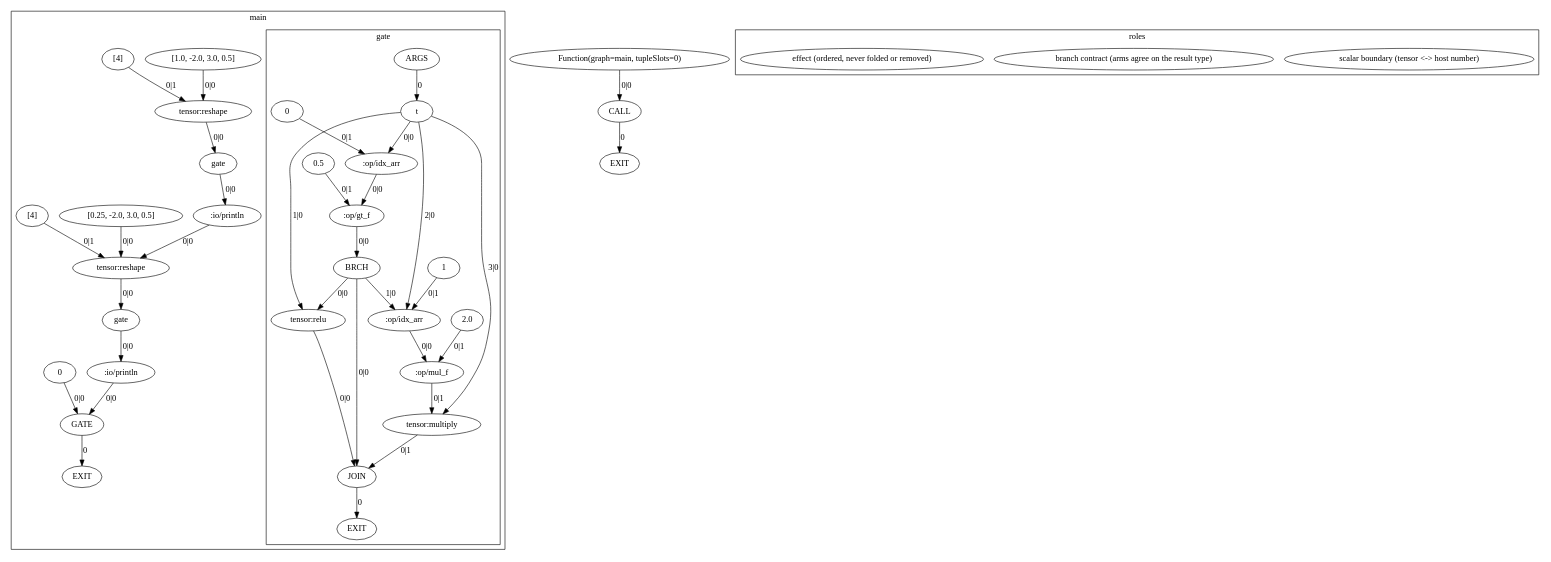
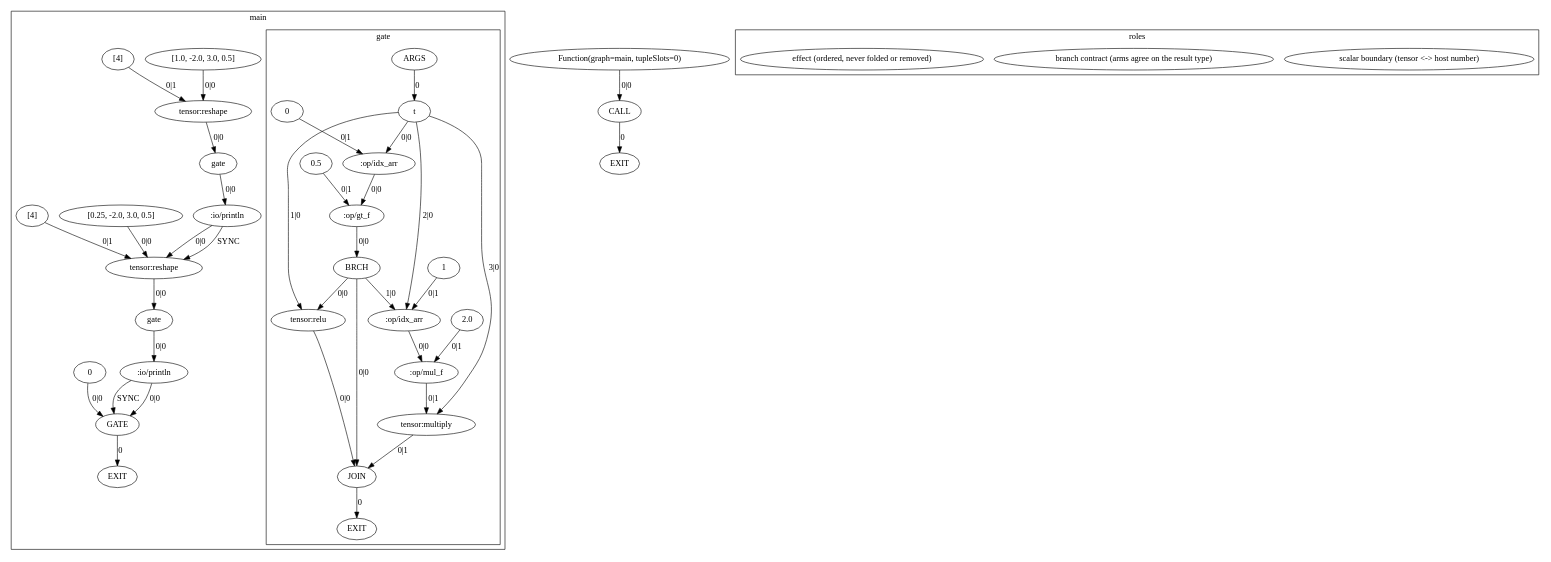
Before and after one commit to OpenCML/Camel: the diagram in exemplars/01_scalar_boundary/expected/dump.agir.dot, drawn with Graphviz. The commit also changed 47 other files, not shown here.

```diff
--- a/exemplars/01_scalar_boundary/expected/dump.agir.dot
+++ b/exemplars/01_scalar_boundary/expected/dump.agir.dot
@@ -1,78 +1,80 @@
 digraph GraphIR {
     subgraph cluster_F01 {
         label="main";
         subgraph cluster_F02 {
             label="gate";
             F02 [label="ARGS", type="ARGS"];
             O02 [label="EXIT", type="EXIT"];
             N00 [label="t", type="PORT", param_name="t", param_kind="normal", param_index="0", value_type="f32[4]", origin=<ORIGIN>, span="12:10-12:19", srcfile="exemplars/01_scalar_boundary/program.cml"];
             N01 [label="0", type="DATA", origin=<ORIGIN>, span="13:16-13:17", srcfile="exemplars/01_scalar_boundary/program.cml", value_type="int"];
             N02 [label=":op/idx_arr", type="OPER", role="scalar-boundary", origin=<ORIGIN>, span="13:15-13:16", srcfile="exemplars/01_scalar_boundary/program.cml", value_type="f32"];
             N03 [label="0.5", type="DATA", origin=<ORIGIN>, span="13:21-13:24", srcfile="exemplars/01_scalar_boundary/program.cml", value_type="f32"];
             N04 [label=":op/gt_f", type="OPER", origin=<ORIGIN>, span="13:19-13:20", srcfile="exemplars/01_scalar_boundary/program.cml", value_type="bool"];
             N05 [label="JOIN", type="JOIN", role="branch-contract", origin=<ORIGIN>, span="13:11-13:59", srcfile="exemplars/01_scalar_boundary/program.cml", value_type="f32[4]"];
             N06 [label="BRCH", type="BRCH", origin=<ORIGIN>, span="13:11-13:59", srcfile="exemplars/01_scalar_boundary/program.cml", value_type="int"];
             N07 [label="tensor:relu", type="OPER", origin=<ORIGIN>, span="13:30-13:34", srcfile="exemplars/01_scalar_boundary/program.cml", value_type="f32[4]"];
             N08 [label="1", type="DATA", origin=<ORIGIN>, span="13:50-13:51", srcfile="exemplars/01_scalar_boundary/program.cml", value_type="int"];
             N09 [label=":op/idx_arr", type="OPER", role="scalar-boundary", origin=<ORIGIN>, span="13:49-13:50", srcfile="exemplars/01_scalar_boundary/program.cml", value_type="f32"];
             N0A [label="2.0", type="DATA", origin=<ORIGIN>, span="13:55-13:58", srcfile="exemplars/01_scalar_boundary/program.cml", value_type="f32"];
             N0B [label=":op/mul_f", type="OPER", origin=<ORIGIN>, span="13:53-13:54", srcfile="exemplars/01_scalar_boundary/program.cml", value_type="f32"];
             N0C [label="tensor:multiply", type="OPER", role="scalar-boundary", origin=<ORIGIN>, span="13:45-13:46", srcfile="exemplars/01_scalar_boundary/program.cml", value_type="f32[4]"];
             F02 -> N00 [label="0", type="NORM_PORT"];
             N05 -> O02 [label="0", type="EXIT"];
             N00 -> N02 [label="0|0", type="NORM"];
             N01 -> N02 [label="0|1", type="NORM"];
             N02 -> N04 [label="0|0", type="NORM"];
             N03 -> N04 [label="0|1", type="NORM"];
             N07 -> N05 [label="0|0", type="WITH"];
             N0C -> N05 [label="0|1", type="WITH"];
             N06 -> N05 [label="0|0", type="NORM"];
             N04 -> N06 [label="0|0", type="NORM"];
             N00 -> N07 [label="1|0", type="NORM"];
             N06 -> N07 [label="0|0", type="CTRL"];
             N00 -> N09 [label="2|0", type="NORM"];
             N08 -> N09 [label="0|1", type="NORM"];
             N06 -> N09 [label="1|0", type="CTRL"];
             N09 -> N0B [label="0|0", type="NORM"];
             N0A -> N0B [label="0|1", type="NORM"];
             N00 -> N0C [label="3|0", type="NORM"];
             N0B -> N0C [label="0|1", type="NORM"];
         }
         O01 [label="EXIT", type="EXIT"];
         N0D [label="[1.0, -2.0, 3.0, 0.5]", type="DATA", origin=<ORIGIN>, span="17:25-17:55", srcfile="exemplars/01_scalar_boundary/program.cml", value_type="f32[]"];
         N0E [label="[4]", type="DATA", origin=<ORIGIN>, span="17:57-17:60", srcfile="exemplars/01_scalar_boundary/program.cml", value_type="int[]"];
         N0F [label="tensor:reshape", type="OPER", origin=<ORIGIN>, span="17:17-17:24", srcfile="exemplars/01_scalar_boundary/program.cml", value_type="f32[4]"];
         N10 [label="gate", type="FUNC", origin=<ORIGIN>, span="17:12-17:62", srcfile="exemplars/01_scalar_boundary/program.cml", value_type="f32[4]"];
         N11 [label=":io/println", type="OPER", role="effect", origin=<ORIGIN>, span="17:4-17:11", srcfile="exemplars/01_scalar_boundary/program.cml", value_type="f32[4]"];
         N12 [label="[0.25, -2.0, 3.0, 0.5]", type="DATA", origin=<ORIGIN>, span="18:25-18:56", srcfile="exemplars/01_scalar_boundary/program.cml", value_type="f32[]"];
         N13 [label="[4]", type="DATA", origin=<ORIGIN>, span="18:58-18:61", srcfile="exemplars/01_scalar_boundary/program.cml", value_type="int[]"];
         N14 [label="tensor:reshape", type="OPER", origin=<ORIGIN>, span="18:17-18:24", srcfile="exemplars/01_scalar_boundary/program.cml", value_type="f32[4]"];
         N15 [label="gate", type="FUNC", origin=<ORIGIN>, span="18:12-18:63", srcfile="exemplars/01_scalar_boundary/program.cml", value_type="f32[4]"];
         N16 [label=":io/println", type="OPER", role="effect", origin=<ORIGIN>, span="18:4-18:11", srcfile="exemplars/01_scalar_boundary/program.cml", value_type="f32[4]"];
         N17 [label="0", type="DATA", origin=<ORIGIN>, span="19:11-19:12", srcfile="exemplars/01_scalar_boundary/program.cml", value_type="int"];
         N18 [label="GATE", type="GATE", value_type="int"];
         N18 -> O01 [label="0", type="EXIT"];
         N0D -> N0F [label="0|0", type="NORM"];
         N0E -> N0F [label="0|1", type="NORM"];
         N0F -> N10 [label="0|0", type="NORM"];
         N10 -> N11 [label="0|0", type="NORM"];
         N12 -> N14 [label="0|0", type="NORM"];
         N13 -> N14 [label="0|1", type="NORM"];
         N11 -> N14 [label="0|0", type="CTRL"];
+        N11 -> N14 [label="SYNC", type="SYNC"];
         N14 -> N15 [label="0|0", type="NORM"];
         N15 -> N16 [label="0|0", type="NORM"];
         N17 -> N18 [label="0|0", type="NORM"];
         N16 -> N18 [label="0|0", type="CTRL"];
+        N16 -> N18 [label="SYNC", type="SYNC"];
     }
     O00 [label="EXIT", type="EXIT"];
     N19 [label="Function(graph=main, tupleSlots=0)", type="DATA", origin=<ORIGIN>, span="16:0-20:1", srcfile="exemplars/01_scalar_boundary/program.cml", value_type="() => int uses stdout"];
     N1A [label="CALL", type="CALL", value_type="int"];
     N1A -> O00 [label="0", type="EXIT"];
     N19 -> N1A [label="0|0", type="WITH"];
     subgraph cluster_legend {
         label="roles";
         "legend_scalar-boundary" [label="scalar boundary (tensor <-> host number)", type="LEGEND", role="scalar-boundary"];
         "legend_branch-contract" [label="branch contract (arms agree on the result type)", type="LEGEND", role="branch-contract"];
         "legend_effect" [label="effect (ordered, never folded or removed)", type="LEGEND", role="effect"];
     }
 }
```
